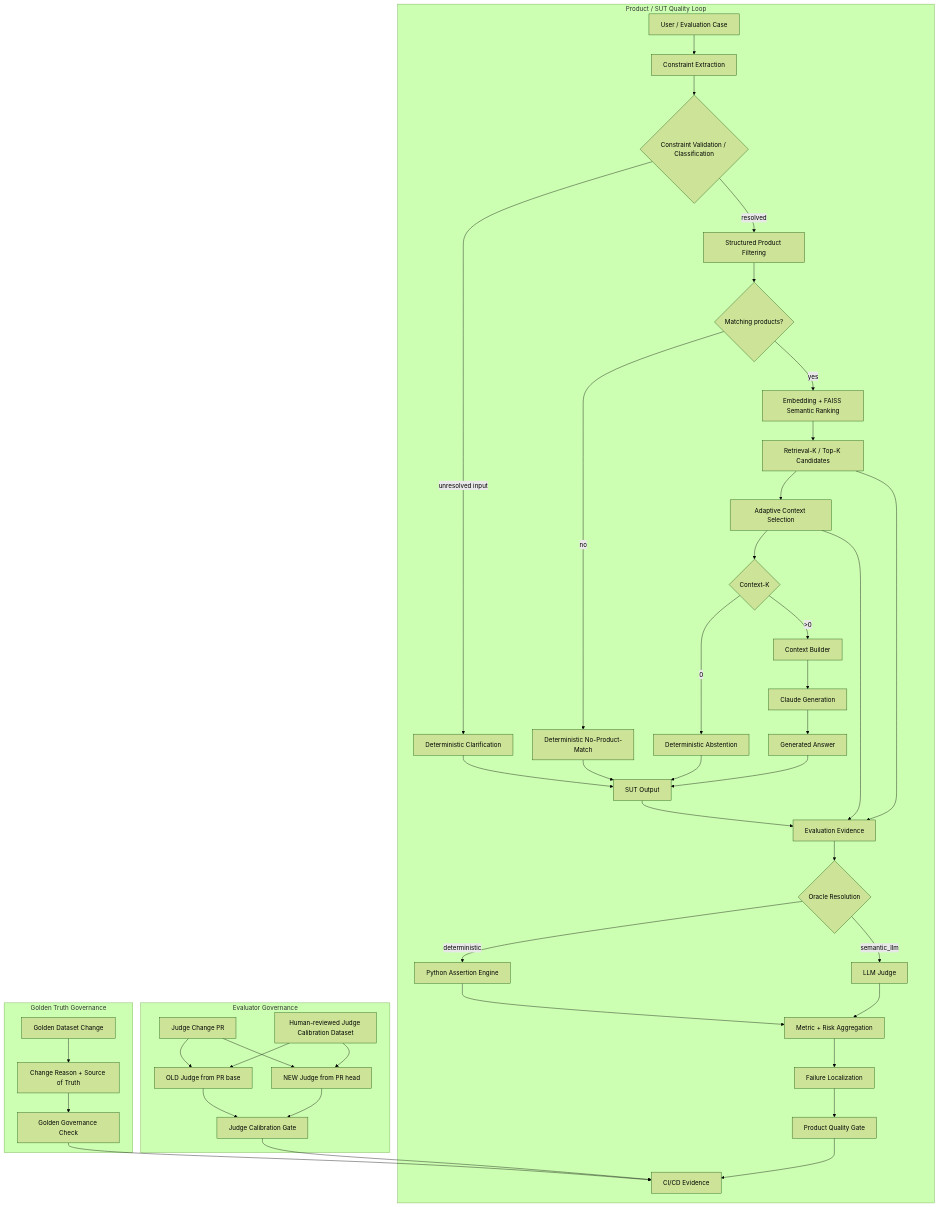
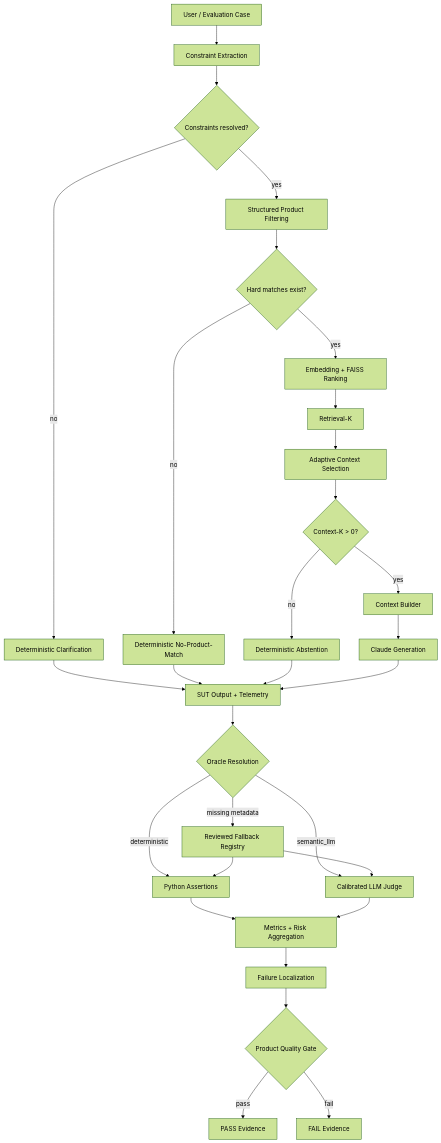
Before and after one commit to oleksandrserhieiev-beep/ai-qe-lab: the first of 5 diagrams in docs/architecture.md, drawn with Mermaid (forest theme). The commit also changed other lines of this file, not shown here.

````diff
--- a/docs/architecture.md
+++ b/docs/architecture.md
@@ -42,50 +22,34 @@
 ```mermaid
 flowchart TD
-    subgraph PRODUCT["Product / SUT Quality Loop"]
-        U[User / Evaluation Case] --> CE[Constraint Extraction]
-        CE --> CV{Constraint Validation / Classification}
-        CV -->|unresolved input| CL[Deterministic Clarification]
-        CV -->|resolved| SF[Structured Product Filtering]
-        SF --> HM{Matching products?}
-        HM -->|no| NM[Deterministic No-Product-Match]
-        HM -->|yes| SR[Embedding + FAISS Semantic Ranking]
-        SR --> RK[Retrieval-K / Top-K Candidates]
-        RK --> AS[Adaptive Context Selection]
-        AS --> CK{Context-K}
-        CK -->|0| AB[Deterministic Abstention]
-        CK -->|>0| CB[Context Builder]
-        CB --> LLM[Claude Generation]
-        LLM --> ANS[Generated Answer]
-        CL --> OUT[SUT Output]
-        NM --> OUT
-        AB --> OUT
-        ANS --> OUT
-        OUT --> EV[Evaluation Evidence]
-        RK --> EV
-        AS --> EV
-        EV --> OR{Oracle Resolution}
-        OR -->|deterministic| PY[Python Assertion Engine]
-        OR -->|semantic_llm| J[LLM Judge]
-        PY --> AG[Metric + Risk Aggregation]
-        J --> AG
-        AG --> LOC[Failure Localization]
-        LOC --> G[Product Quality Gate]
-        G --> CI[CI/CD Evidence]
-    end
+    U["User / Evaluation Case"] --> CE["Constraint Extraction"]
+    CE --> CV{"Constraints resolved?"}
+    CV -->|no| CL["Deterministic Clarification"]
+    CV -->|yes| SF["Structured Product Filtering"]
+    SF --> HM{"Hard matches exist?"}
+    HM -->|no| NM["Deterministic No-Product-Match"]
+    HM -->|yes| SR["Embedding + FAISS Ranking"]
+    SR --> RK["Retrieval-K"]
+    RK --> AS["Adaptive Context Selection"]
+    AS --> CK{"Context-K > 0?"}
+    CK -->|no| AB["Deterministic Abstention"]
+    CK -->|yes| CB["Context Builder"]
+    CB --> LLM["Claude Generation"]
 
-    subgraph JGOV["Evaluator Governance"]
-        JC[Judge Change PR] --> OLD[OLD Judge from PR base]
-        JC --> NEW[NEW Judge from PR head]
-        CAL[Human-reviewed Judge Calibration Dataset] --> OLD
-        CAL --> NEW
-        OLD --> JCG[Judge Calibration Gate]
-        NEW --> JCG
-        JCG --> CI
-    end
+    CL --> OUT["SUT Output + Telemetry"]
+    NM --> OUT
+    AB --> OUT
+    LLM --> OUT
 
-    subgraph GGOV["Golden Truth Governance"]
-        GD[Golden Dataset Change] --> META[Change Reason + Source of Truth]
-        META --> GGC[Golden Governance Check]
-        GGC --> CI
-    end
+    OUT --> OR{"Oracle Resolution"}
+    OR -->|deterministic| PY["Python Assertions"]
+    OR -->|semantic_llm| J["Calibrated LLM Judge"]
+    OR -->|missing metadata| FB["Reviewed Fallback Registry"]
+    FB --> PY
+    FB --> J
+    PY --> AG["Metrics + Risk Aggregation"]
+    J --> AG
+    AG --> LOC["Failure Localization"]
+    LOC --> G{"Product Quality Gate"}
+    G -->|pass| P["PASS Evidence"]
+    G -->|fail| F["FAIL Evidence"]
 ```
````
